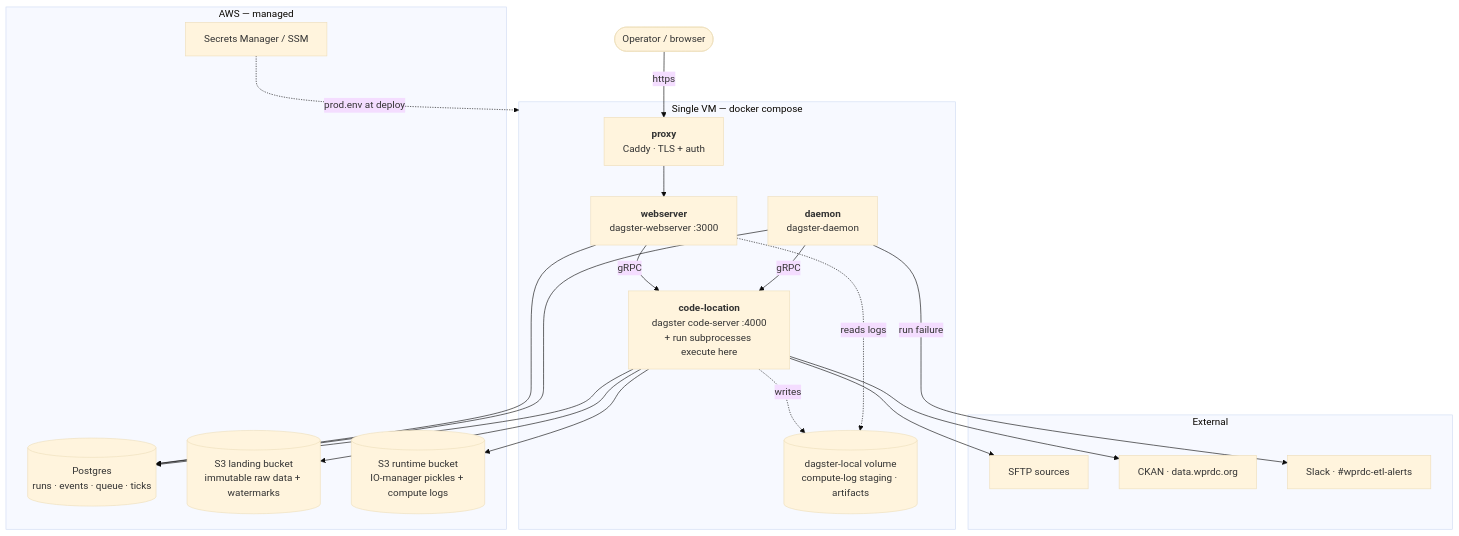
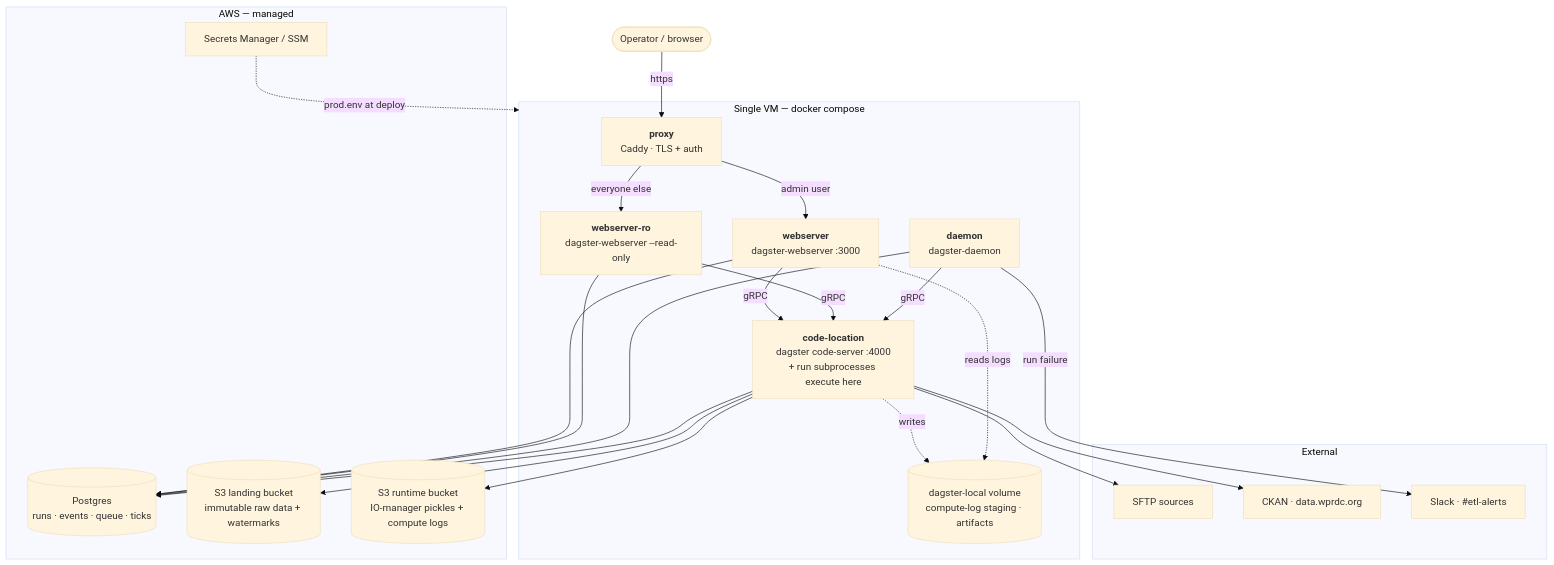
The first of 2 diagrams in deploy/README.md (WPRDC/wprdc-etl), drawn with Mermaid (base theme) before and after one commit. The commit also changed other lines of this file and 7 other files, not shown here.

First line of the commit message:
Deploy: read-only UI tier, dc wrapper, rollout fixes from first boot

````diff
--- a/deploy/README.md
+++ b/deploy/README.md
@@ -13,45 +13,49 @@
 ```mermaid
 flowchart TB
     user([Operator / browser])
 
     subgraph vm["Single VM — docker compose"]
         proxy["<b>proxy</b><br/>Caddy · TLS + auth"]
         web["<b>webserver</b><br/>dagster-webserver :3000"]
+        webro["<b>webserver-ro</b><br/>dagster-webserver --read-only"]
         daemon["<b>daemon</b><br/>dagster-daemon"]
         code["<b>code-location</b><br/>dagster code-server :4000<br/>+ run subprocesses execute here"]
         vol[("dagster-local volume<br/>compute-log staging · artifacts")]
     end
 
     subgraph aws["AWS — managed"]
         pg[("Postgres<br/>runs · events · queue · ticks")]
         s3land[("S3 landing bucket<br/>immutable raw data + watermarks")]
         s3rt[("S3 runtime bucket<br/>IO-manager pickles + compute logs")]
         secrets["Secrets Manager / SSM"]
     end
 
     subgraph ext["External"]
         sftp["SFTP sources"]
         ckan["CKAN · data.wprdc.org"]
-        slack["Slack · #wprdc-etl-alerts"]
+        slack["Slack · #etl-alerts"]
     end
 
-    user -->|https| proxy --> web
+    user -->|https| proxy -->|admin user| web
+    proxy -->|everyone else| webro
 
     web -->|gRPC| code
+    webro -->|gRPC| code
     daemon -->|gRPC| code
 
     web --> pg
+    webro --> pg
     daemon --> pg
     code --> pg
 
     code -.->|writes| vol
     web -.->|reads logs| vol
 
     code --> s3land
     code --> s3rt
     code --> sftp
     code --> ckan
     daemon -->|run failure| slack
 
     secrets -.->|prod.env at deploy| vm
 ```
````
